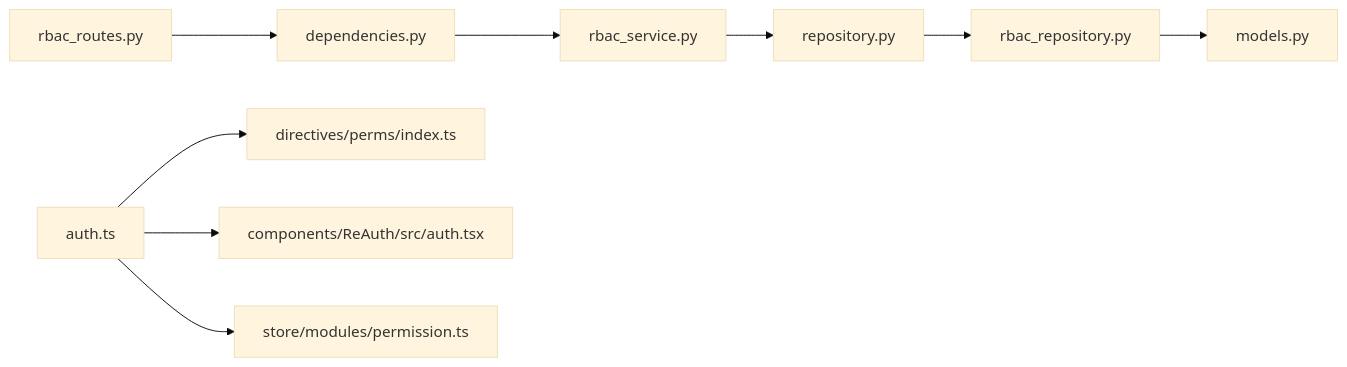
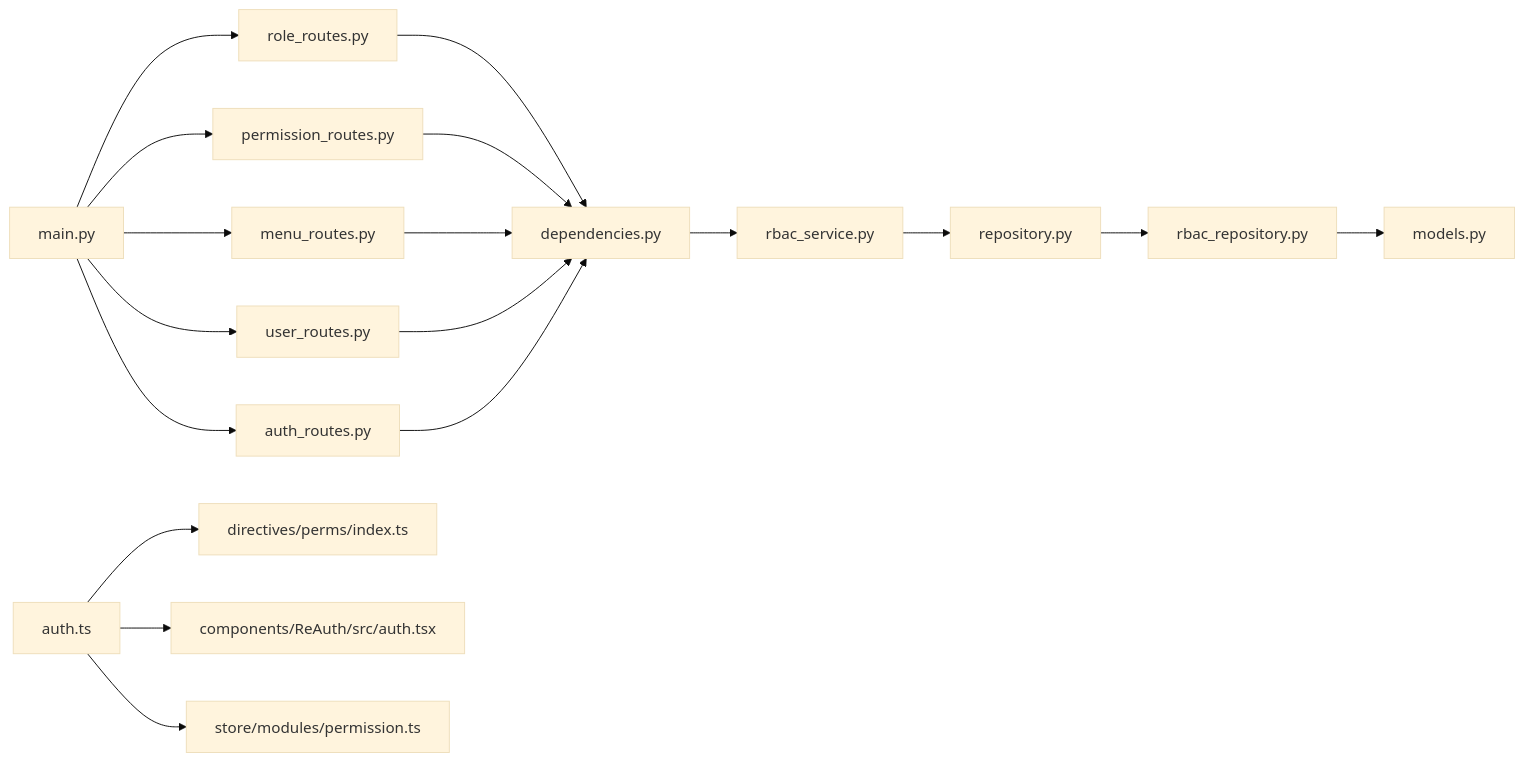
The eighth of 8 diagrams in .qoder/repowiki/zh/content/RBAC 权限系统/权限验证机制.md (taoweidong/Hello-FastApi), drawn with Mermaid (base theme) before and after one commit. The commit also changed other lines of this file and 9 other files, not shown here.

````diff
--- a/.qoder/repowiki/zh/content/RBAC 权限系统/权限验证机制.md
+++ b/.qoder/repowiki/zh/content/RBAC 权限系统/权限验证机制.md
@@ -356,11 +473,20 @@
 ```mermaid
 graph LR
-Routes["rbac_routes.py"] --> Deps["dependencies.py"]
+Main["main.py"] --> RoleRoutes["role_routes.py"]
+Main --> PermissionRoutes["permission_routes.py"]
+Main --> MenuRoutes["menu_routes.py"]
+Main --> UserRoutes["user_routes.py"]
+Main --> AuthRoutes["auth_routes.py"]
+RoleRoutes --> Deps["dependencies.py"]
+PermissionRoutes --> Deps
+MenuRoutes --> Deps
+UserRoutes --> Deps
+AuthRoutes --> Deps
 Deps --> Svc["rbac_service.py"]
 Svc --> RepoIF["repository.py"]
 RepoIF --> RepoImpl["rbac_repository.py"]
 RepoImpl --> Models["models.py"]
 FrontAuth["auth.ts"] --> FrontDir["directives/perms/index.ts"]
 FrontAuth --> FrontComp["components/ReAuth/src/auth.tsx"]
 FrontAuth --> FrontPerm["store/modules/permission.ts"]
 ```
````
